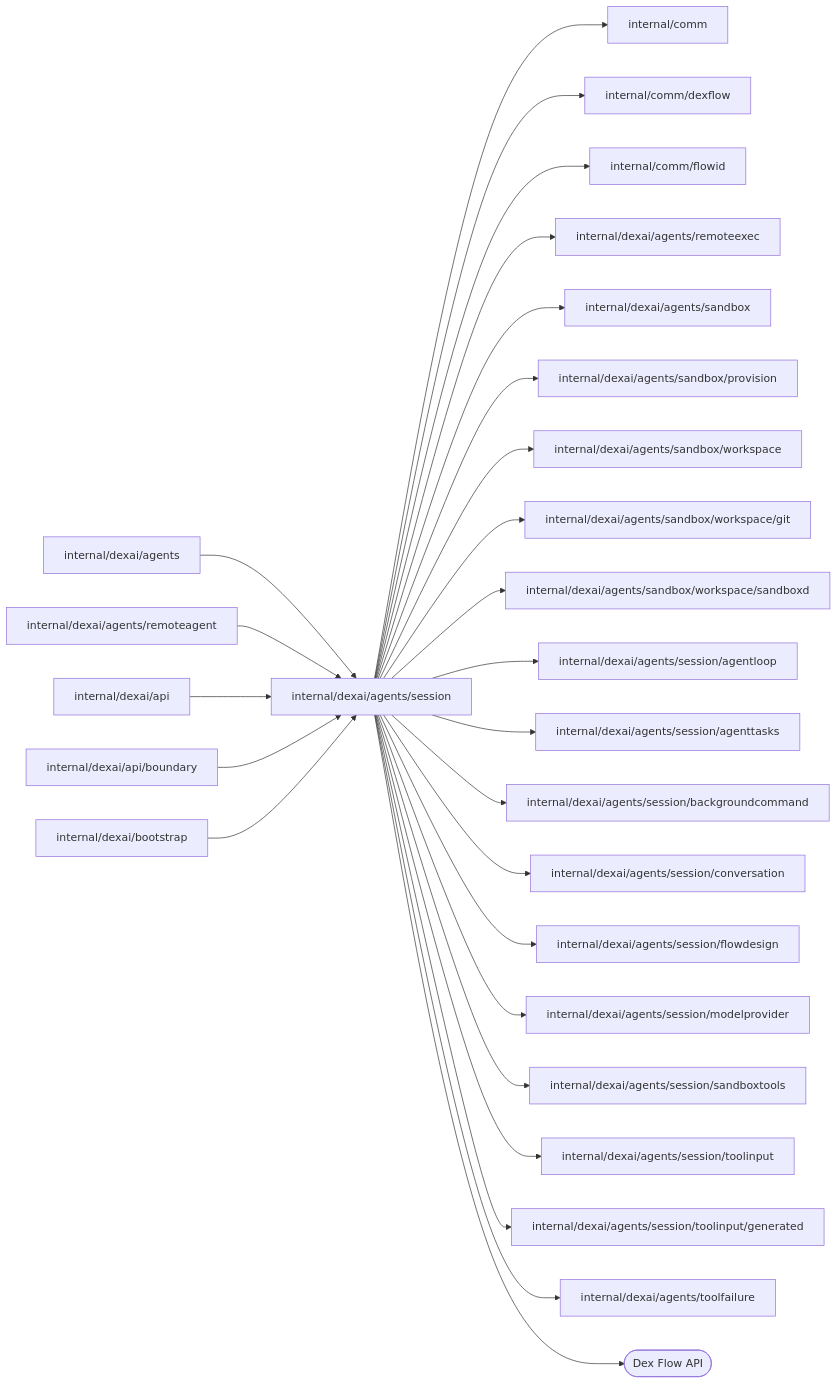
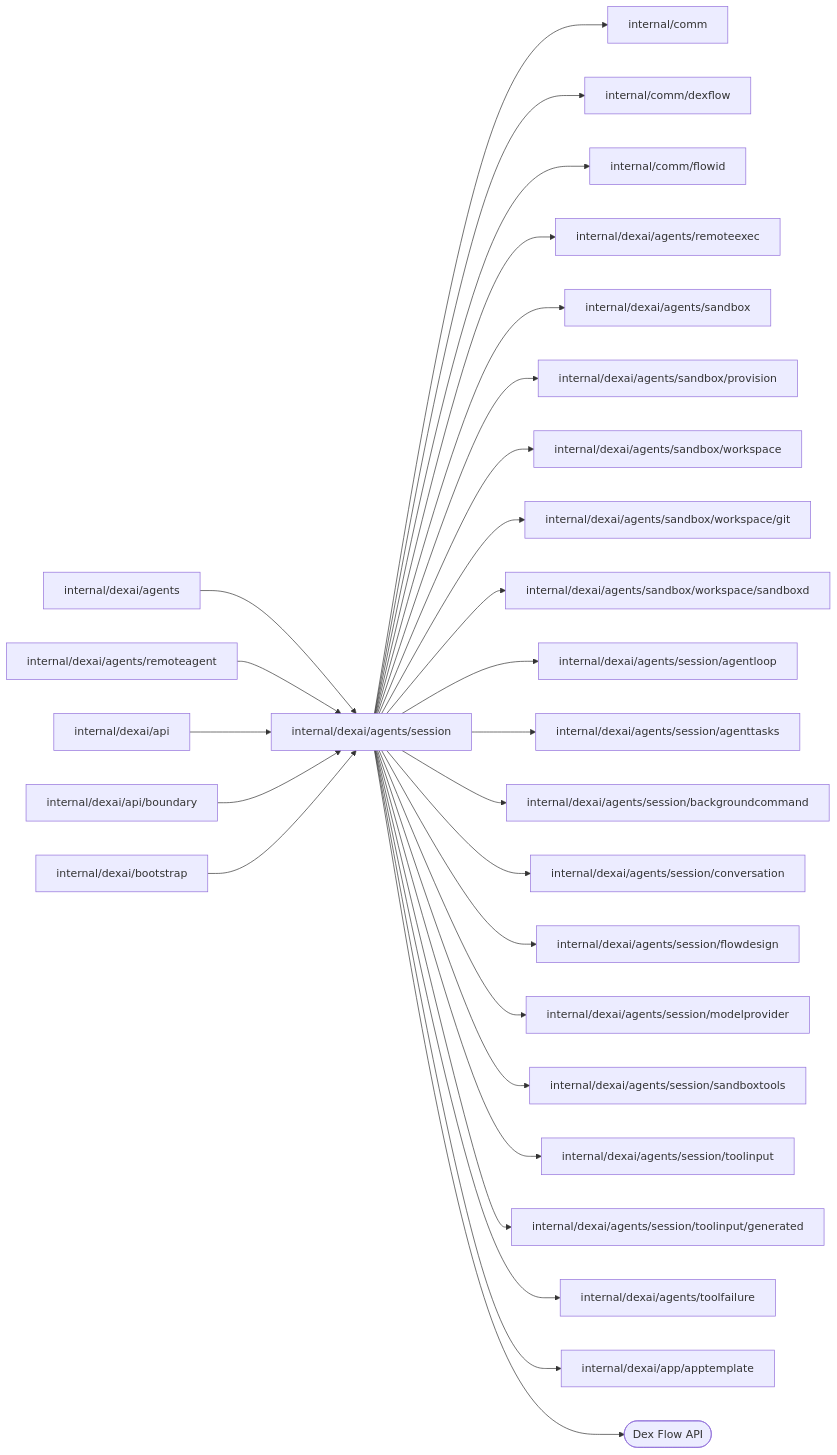
Before and after one commit to superdurable/superverse: the diagram in internal/dexai/agents/session/README.md, drawn with Mermaid. The commit also changed other lines of this file and 126 other files, not shown here.

````diff
--- a/internal/dexai/agents/session/README.md
+++ b/internal/dexai/agents/session/README.md
@@ -10,29 +10,30 @@
 ```mermaid
 flowchart LR
   self["internal/dexai/agents/session"]
   c0["internal/dexai/agents"] --> self
   c1["internal/dexai/agents/remoteagent"] --> self
   c2["internal/dexai/api"] --> self
   c3["internal/dexai/api/boundary"] --> self
   c4["internal/dexai/bootstrap"] --> self
   self --> d0["internal/comm"]
   self --> d1["internal/comm/dexflow"]
   self --> d2["internal/comm/flowid"]
   self --> d3["internal/dexai/agents/remoteexec"]
   self --> d4["internal/dexai/agents/sandbox"]
   self --> d5["internal/dexai/agents/sandbox/provision"]
   self --> d6["internal/dexai/agents/sandbox/workspace"]
   self --> d7["internal/dexai/agents/sandbox/workspace/git"]
   self --> d8["internal/dexai/agents/sandbox/workspace/sandboxd"]
   self --> d9["internal/dexai/agents/session/agentloop"]
   self --> d10["internal/dexai/agents/session/agenttasks"]
   self --> d11["internal/dexai/agents/session/backgroundcommand"]
   self --> d12["internal/dexai/agents/session/conversation"]
   self --> d13["internal/dexai/agents/session/flowdesign"]
   self --> d14["internal/dexai/agents/session/modelprovider"]
   self --> d15["internal/dexai/agents/session/sandboxtools"]
   self --> d16["internal/dexai/agents/session/toolinput"]
   self --> d17["internal/dexai/agents/session/toolinput/generated"]
   self --> d18["internal/dexai/agents/toolfailure"]
+  self --> d19["internal/dexai/app/apptemplate"]
   self --> e0(["Dex Flow API"])
 ```
````
